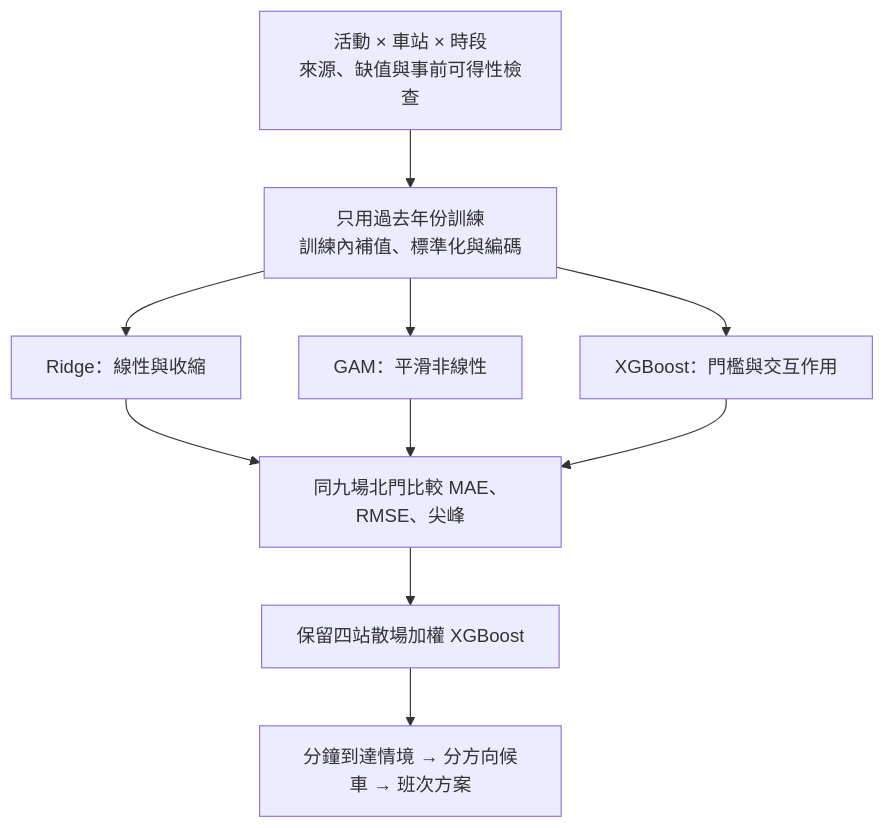
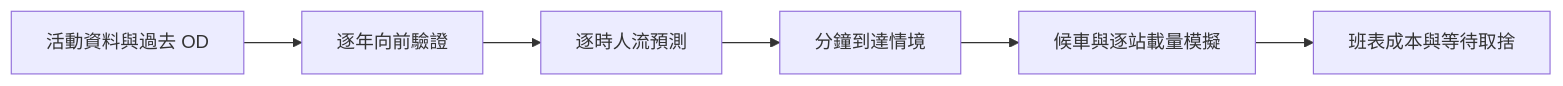
Before and after one commit to shu-ming0808/Statistical-Practice-final: the diagram in README.md, drawn with Mermaid. The commit also changed other lines of this file and 7 other files, not shown here.

```diff
--- a/README.md
+++ b/README.md
@@ -15,12 +17,8 @@
 ~~~mermaid
-flowchart TD
-    A["活動 × 車站 × 時段<br/>來源、缺值與事前可得性檢查"] --> B["只用過去年份訓練<br/>訓練內補值、標準化與編碼"]
-    B --> C["Ridge：線性與收縮"]
-    B --> D["GAM：平滑非線性"]
-    B --> E["XGBoost：門檻與交互作用"]
-    C --> F["同九場北門比較 MAE、RMSE、尖峰"]
-    D --> F
-    E --> F
-    F --> G["保留四站散場加權 XGBoost"]
-    G --> H["分鐘到達情境 → 分方向候車 → 班次方案"]
+flowchart LR
+    A["活動資料與過去 OD"] --> B["逐年向前驗證"]
+    B --> C["逐時人流預測"]
+    C --> D["分鐘到達情境"]
+    D --> E["候車與逐站載量模擬"]
+    E --> F["班表成本與等待取捨"]
 ~~~
```
